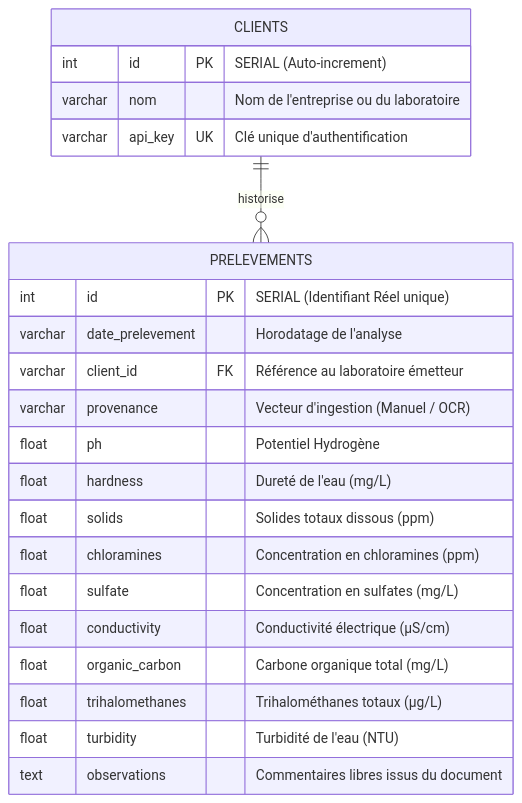
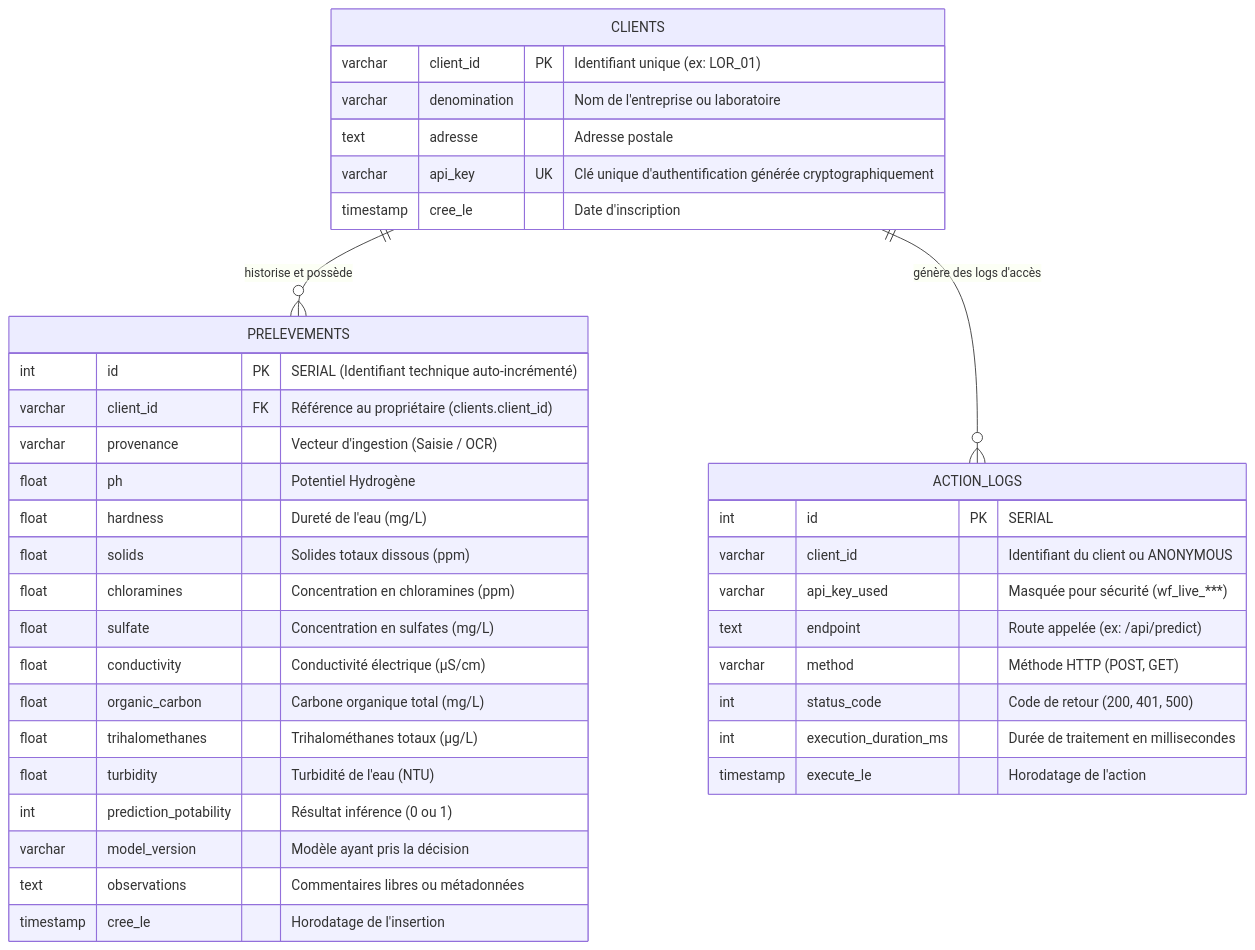
One commit to bruno-coulet/drink_safe changed the diagram in docs/data_model.md. Above: the diagram before and after it, drawn with Mermaid. The commit also changed other lines of this file and 26 other files, not shown here.

Commit message:
refactor: migration vers API unique modulaire FastAPI

````diff
--- a/docs/data_model.md
+++ b/docs/data_model.md
@@ -15,26 +13,44 @@
 ```mermaid
 erDiagram
     CLIENTS {
-        int id PK "SERIAL (Auto-increment)"
-        varchar nom "Nom de l'entreprise ou du laboratoire"
-        varchar api_key UK "Clé unique d'authentification"
+        varchar client_id PK "Identifiant unique (ex: LOR_01)"
+        varchar denomination "Nom de l'entreprise ou laboratoire"
+        text adresse "Adresse postale"
+        varchar api_key UK "Clé unique d'authentification générée cryptographiquement"
+        timestamp cree_le "Date d'inscription"
     }
+    
     PRELEVEMENTS {
-        int id PK "SERIAL (Identifiant Réel unique)"
-        varchar date_prelevement "Horodatage de l'analyse"
-        varchar client_id FK "Référence au laboratoire émetteur"
-        varchar provenance "Vecteur d'ingestion (Manuel / OCR)"
+        int id PK "SERIAL (Identifiant technique auto-incrémenté)"
+        varchar client_id FK "Référence au propriétaire (clients.client_id)"
+        varchar provenance "Vecteur d'ingestion (Saisie / OCR)"
         float ph "Potentiel Hydrogène"
         float hardness "Dureté de l'eau (mg/L)"
         float solids "Solides totaux dissous (ppm)"
         float chloramines "Concentration en chloramines (ppm)"
         float sulfate "Concentration en sulfates (mg/L)"
         float conductivity "Conductivité électrique (µS/cm)"
         float organic_carbon "Carbone organique total (mg/L)"
         float trihalomethanes "Trihalométhanes totaux (µg/L)"
         float turbidity "Turbidité de l'eau (NTU)"
-        text observations "Commentaires libres issus du document"
+        int prediction_potability "Résultat inférence (0 ou 1)"
+        varchar model_version "Modèle ayant pris la décision"
+        text observations "Commentaires libres ou métadonnées"
+        timestamp cree_le "Horodatage de l'insertion"
     }
 
-    CLIENTS ||--o{ PRELEVEMENTS : "historise"
+    ACTION_LOGS {
+        int id PK "SERIAL"
+        varchar client_id "Identifiant du client ou ANONYMOUS"
+        varchar api_key_used "Masquée pour sécurité (wf_live_***)"
+        text endpoint "Route appelée (ex: /api/predict)"
+        varchar method "Méthode HTTP (POST, GET)"
+        int status_code "Code de retour (200, 401, 500)"
+        int execution_duration_ms "Durée de traitement en millisecondes"
+        timestamp execute_le "Horodatage de l'action"
+    }
+
+    CLIENTS ||--o{ PRELEVEMENTS : "historise et possède"
+    CLIENTS ||--o{ ACTION_LOGS : "génère des logs d'accès"
+
 ```
````
